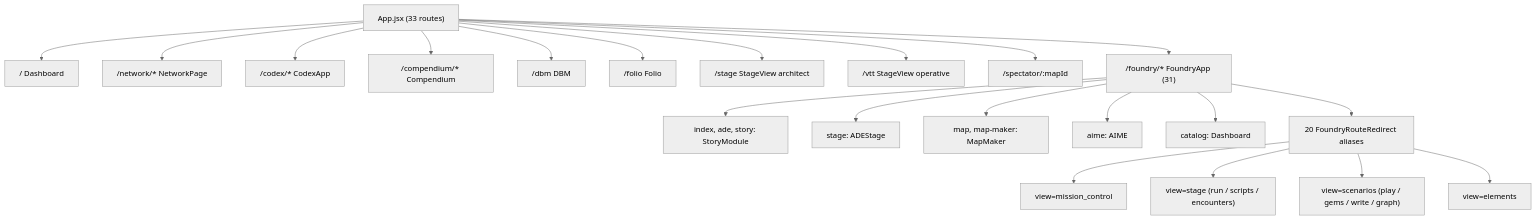
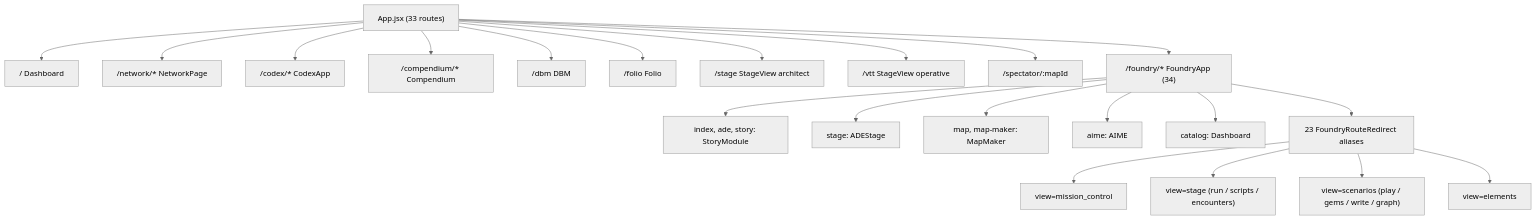
The diagram in docs/APP_INSPECTOR_STATE_REPORT.md (wolfebt/tangent-sf-rp), drawn with Mermaid (neutral theme) before and after one commit. The commit also changed other lines of this file, not shown here.

Commit message:
docs: update app inspector architectural state report and e2e test metrics

````diff
--- a/docs/APP_INSPECTOR_STATE_REPORT.md
+++ b/docs/APP_INSPECTOR_STATE_REPORT.md
@@ -160,25 +164,25 @@
 ```mermaid
 flowchart TD
     App["App.jsx (33 routes)"] --> Dash["/ Dashboard"]
     App --> Net["/network/* NetworkPage"]
     App --> Codex["/codex/* CodexApp"]
     App --> Comp["/compendium/* Compendium"]
     App --> DBM["/dbm DBM"]
     App --> Folio["/folio Folio"]
     App --> StageA["/stage StageView architect"]
     App --> StageO["/vtt StageView operative"]
     App --> Spec["/spectator/:mapId"]
-    App --> F["/foundry/* FoundryApp (31)"]
+    App --> F["/foundry/* FoundryApp (34)"]
 
     F --> SM["index, ade, story: StoryModule"]
     F --> ADE["stage: ADEStage"]
     F --> MM["map, map-maker: MapMaker"]
     F --> AIME["aime: AIME"]
     F --> Cat["catalog: Dashboard"]
-    F --> FR["20 FoundryRouteRedirect aliases"]
+    F --> FR["23 FoundryRouteRedirect aliases"]
 
     FR --> V1["view=mission_control"]
     FR --> V2["view=stage (run / scripts / encounters)"]
     FR --> V3["view=scenarios (play / gems / write / graph)"]
     FR --> V4["view=elements"]
 ```
````
